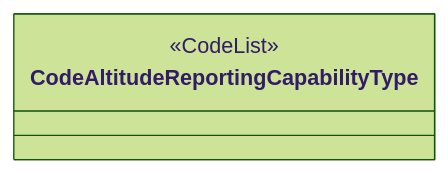
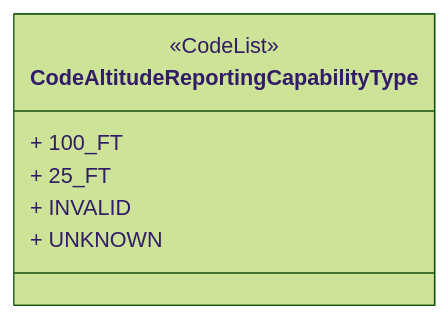
One commit to hlepori/testAIRM changed diagram 32 of 46 in README.md. Above: the diagram before and after it, drawn with Mermaid (forest theme). The commit also changed other lines of this file, not shown here.

````diff
--- a/README.md
+++ b/README.md
@@ -721,5 +786,9 @@
 ```mermaid	
 classDiagram	
 class CodeAltitudeReportingCapabilityType	
 <<CodeList>> CodeAltitudeReportingCapabilityType	
+CodeAltitudeReportingCapabilityType : + 100_FT	
+CodeAltitudeReportingCapabilityType : + 25_FT	
+CodeAltitudeReportingCapabilityType : + INVALID	
+CodeAltitudeReportingCapabilityType : + UNKNOWN	
 ```	
````
